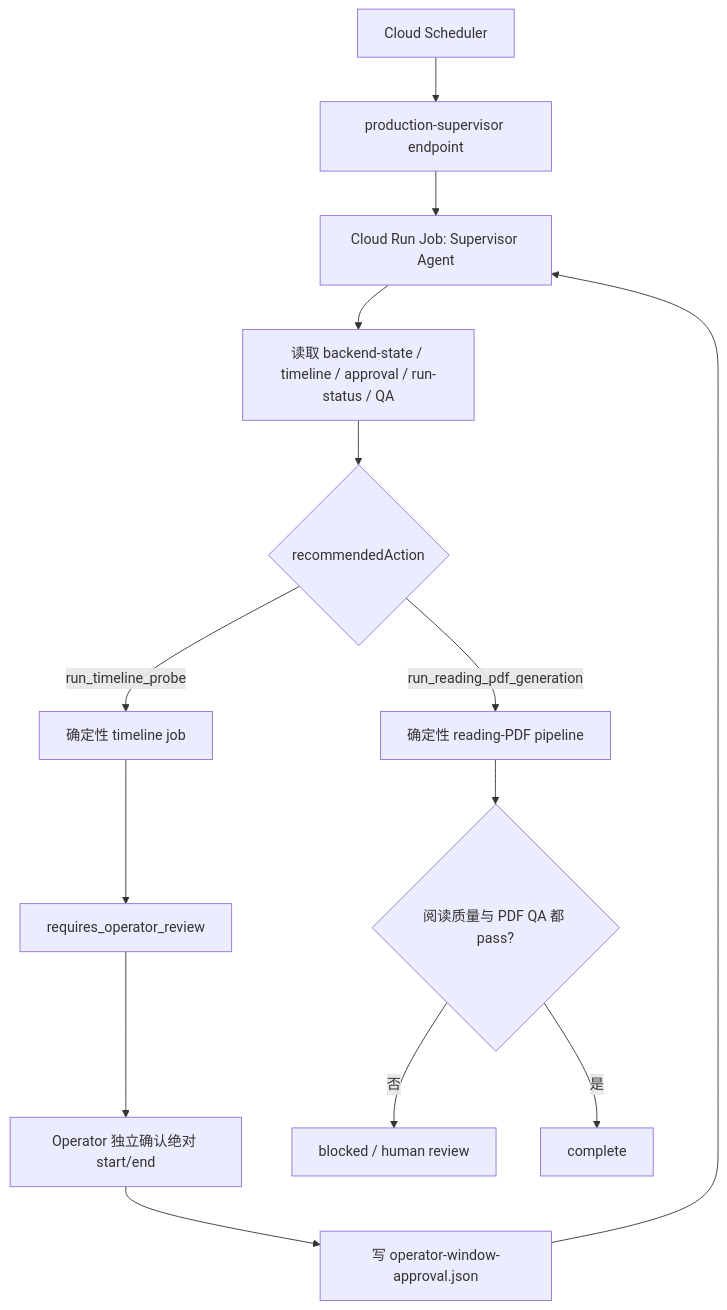
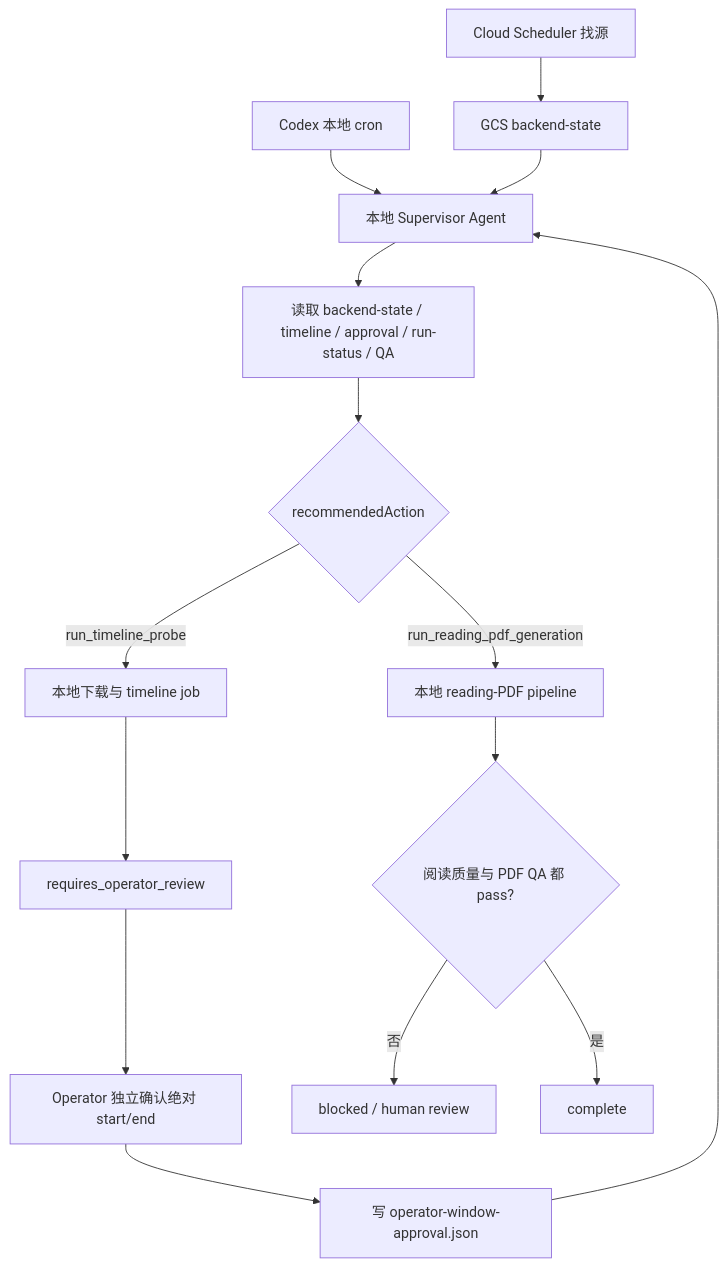
One commit to JonathanJing/sermon-video-zh-subtitles changed the diagram in docs/sermon-production-supervisor-agent.zh.md. Above: the diagram before and after it, drawn with Mermaid. The commit also changed other lines of this file and 11 other files, not shown here.

Commit message:
Run sermon production locally with Codex

````diff
--- a/docs/sermon-production-supervisor-agent.zh.md
+++ b/docs/sermon-production-supervisor-agent.zh.md
@@ -17,16 +18,17 @@
 ```mermaid
 flowchart TD
-    A[Cloud Scheduler] --> B[production-supervisor endpoint]
-    B --> C[Cloud Run Job: Supervisor Agent]
-    C --> D[读取 backend-state / timeline / approval / run-status / QA]
-    D --> E{recommendedAction}
-    E -- run_timeline_probe --> F[确定性 timeline job]
-    F --> G[requires_operator_review]
-    G --> H[Operator 独立确认绝对 start/end]
-    H --> I[写 operator-window-approval.json]
-    I --> C
-    E -- run_reading_pdf_generation --> J[确定性 reading-PDF pipeline]
-    J --> K{阅读质量与 PDF QA 都 pass?}
-    K -- 否 --> L[blocked / human review]
-    K -- 是 --> M[complete]
+    A[Cloud Scheduler 找源] --> B[GCS backend-state]
+    C[Codex 本地 cron] --> D[本地 Supervisor Agent]
+    B --> D
+    D --> E[读取 backend-state / timeline / approval / run-status / QA]
+    E --> F{recommendedAction}
+    F -- run_timeline_probe --> G[本地下载与 timeline job]
+    G --> H[requires_operator_review]
+    H --> I[Operator 独立确认绝对 start/end]
+    I --> J[写 operator-window-approval.json]
+    J --> D
+    F -- run_reading_pdf_generation --> K[本地 reading-PDF pipeline]
+    K --> L{阅读质量与 PDF QA 都 pass?}
+    L -- 否 --> M[blocked / human review]
+    L -- 是 --> N[complete]
 ```
````
